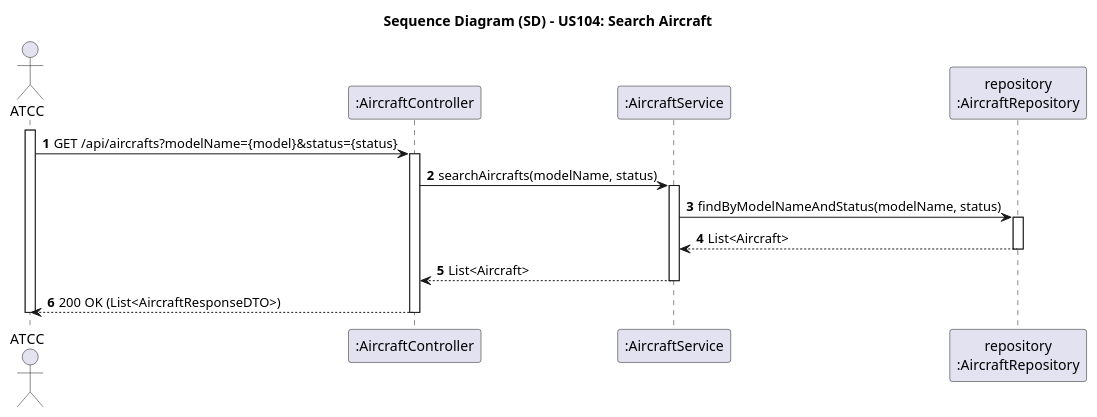
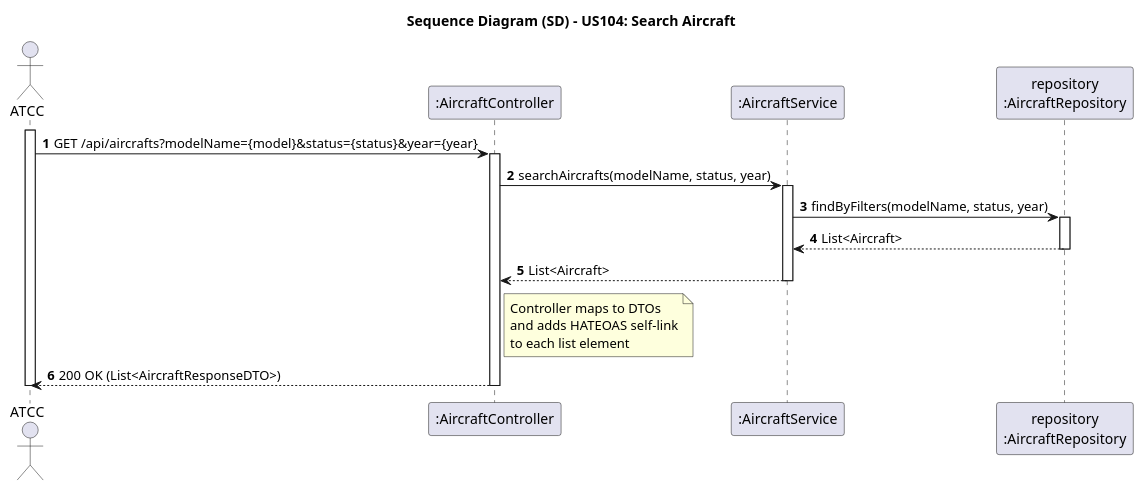
Before and after one commit to Andre-1240567/psoft2026_2DB_1240567_1241013_1240624: the diagram in docs/use-cases/WP#1A/US104/puml/US104-SD.puml, drawn with PlantUML. The commit also changed 26 other files, not shown here.

```diff
--- a/docs/use-cases/WP#1A/US104/puml/US104-SD.puml
+++ b/docs/use-cases/WP#1A/US104/puml/US104-SD.puml
@@ -1,28 +1,30 @@
-@startuml US104-SSD
+@startuml US104-SD
 autonumber
 title Sequence Diagram (SD) - US104: Search Aircraft
 
 actor "ATCC" as ATCC
 participant ":AircraftController" as Ctrl
 participant ":AircraftService" as Service
 participant "repository\n:AircraftRepository" as Repo
 
 activate ATCC
-ATCC -> Ctrl: GET /api/aircrafts?modelName={model}&status={status}
+ATCC -> Ctrl: GET /api/aircrafts?modelName={model}&status={status}&year={year}
 activate Ctrl
 
-Ctrl -> Service: searchAircrafts(modelName, status)
+Ctrl -> Service: searchAircrafts(modelName, status, year)
 activate Service
 
-Service -> Repo: findByModelNameAndStatus(modelName, status)
+Service -> Repo: findByFilters(modelName, status, year)
 activate Repo
 Repo --> Service: List<Aircraft>
 deactivate Repo
 
 Service --> Ctrl: List<Aircraft>
 deactivate Service
 
+note right of Ctrl: Controller maps to DTOs\nand adds HATEOAS self-link\nto each list element
+
 Ctrl --> ATCC: 200 OK (List<AircraftResponseDTO>)
 deactivate Ctrl
 deactivate ATCC
 @enduml
```
